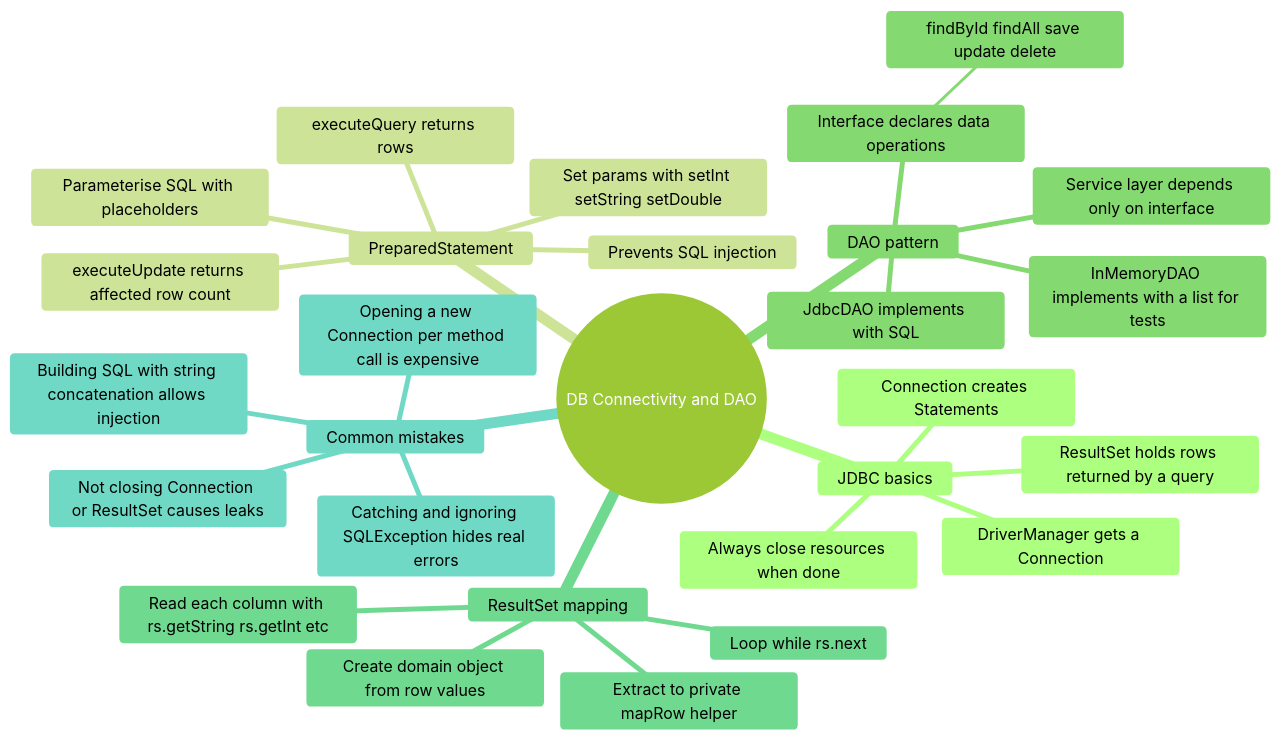
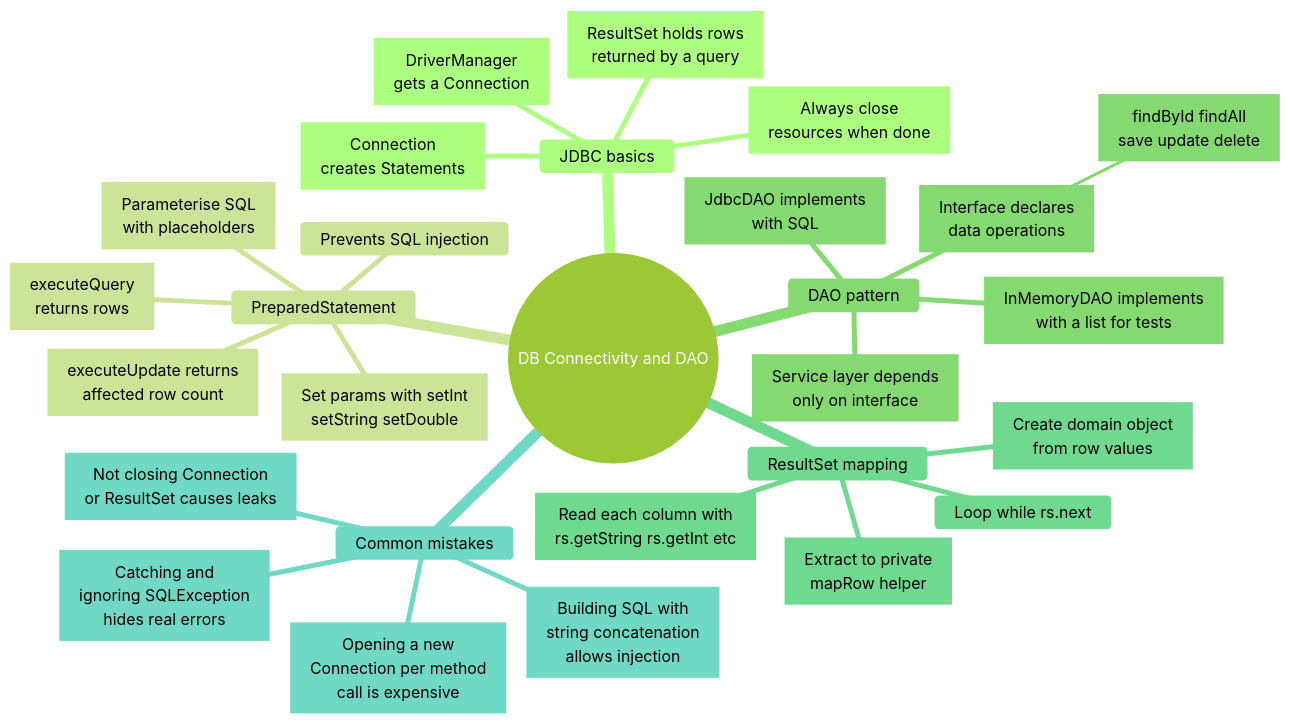
The sixth of 13 diagrams in notes/shared/mind maps/revision_t10_t22.md (nmcguinness/L8-OOP-Module-Content), drawn with Mermaid before and after one commit. The commit also changed other lines of this file and 421 other files, not shown here.

Commit message:
Updated mermaid diagrams and note layout for topics 9-24.

````diff
--- a/notes/shared/mind maps/revision_t10_t22.md
+++ b/notes/shared/mind maps/revision_t10_t22.md
@@ -768,40 +929,63 @@
 ```mermaid
 ---
 title: "DB Connectivity and DAO"
 accDescr: "Mind map of DB Connectivity and DAO. Branches: JDBC basics; PreparedStatement; DAO pattern; ResultSet mapping; Common mistakes."
 ---
-%%{init: { "theme": "forest" }}%%
+%%{init: { "theme": "forest", "markdownAutoWrap": false, "mindmap": { "maxNodeWidth": 300 } }}%%
 mindmap
   root((DB Connectivity and DAO))
     JDBC basics
-      DriverManager gets a Connection
-      Connection creates Statements
-      ResultSet holds rows returned by a query
-      Always close resources when done
+      n1["`DriverManager
+      gets a Connection`"]
+      n2["`Connection
+      creates Statements`"]
+      n3["`ResultSet holds rows
+      returned by a query`"]
+      n4["`Always close
+      resources when done`"]
 
     PreparedStatement
-      Parameterise SQL with placeholders
+      n5["`Parameterise SQL
+      with placeholders`"]
       Prevents SQL injection
-      Set params with setInt setString setDouble
-      executeQuery returns rows
-      executeUpdate returns affected row count
+      n6["`Set params with setInt
+      setString setDouble`"]
+      n7["`executeQuery
+      returns rows`"]
+      n8["`executeUpdate returns
+      affected row count`"]
 
     DAO pattern
-      Interface declares data operations
-        findById findAll save update delete
-      JdbcDAO implements with SQL
-      InMemoryDAO implements with a list for tests
-      Service layer depends only on interface
+      n9["`Interface declares
+      data operations`"]
+        n10["`findById findAll
+        save update delete`"]
+      n11["`JdbcDAO implements
+      with SQL`"]
+      n12["`InMemoryDAO implements
+      with a list for tests`"]
+      n13["`Service layer depends
+      only on interface`"]
 
     ResultSet mapping
       Loop while rs.next
-      Read each column with rs.getString rs.getInt etc
-      Create domain object from row values
-      Extract to private mapRow helper
+      n14["`Read each column with
+      rs.getString rs.getInt etc`"]
+      n15["`Create domain object
+      from row values`"]
+      n16["`Extract to private
+      mapRow helper`"]
 
     Common mistakes
-      Not closing Connection or ResultSet causes leaks
-      Building SQL with string concatenation allows injection
-      Catching and ignoring SQLException hides real errors
-      Opening a new Connection per method call is expensive
+      n17["`Not closing Connection
+      or ResultSet causes leaks`"]
+      n18["`Building SQL with
+      string concatenation
+      allows injection`"]
+      n19["`Catching and
+      ignoring SQLException
+      hides real errors`"]
+      n20["`Opening a new
+      Connection per method
+      call is expensive`"]
 ```
````
